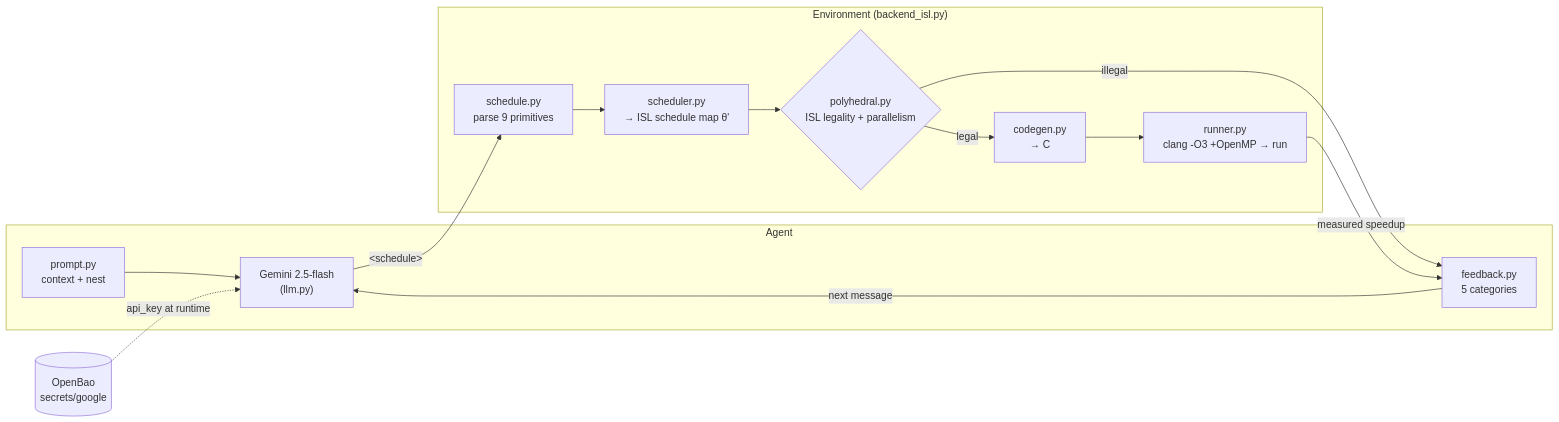
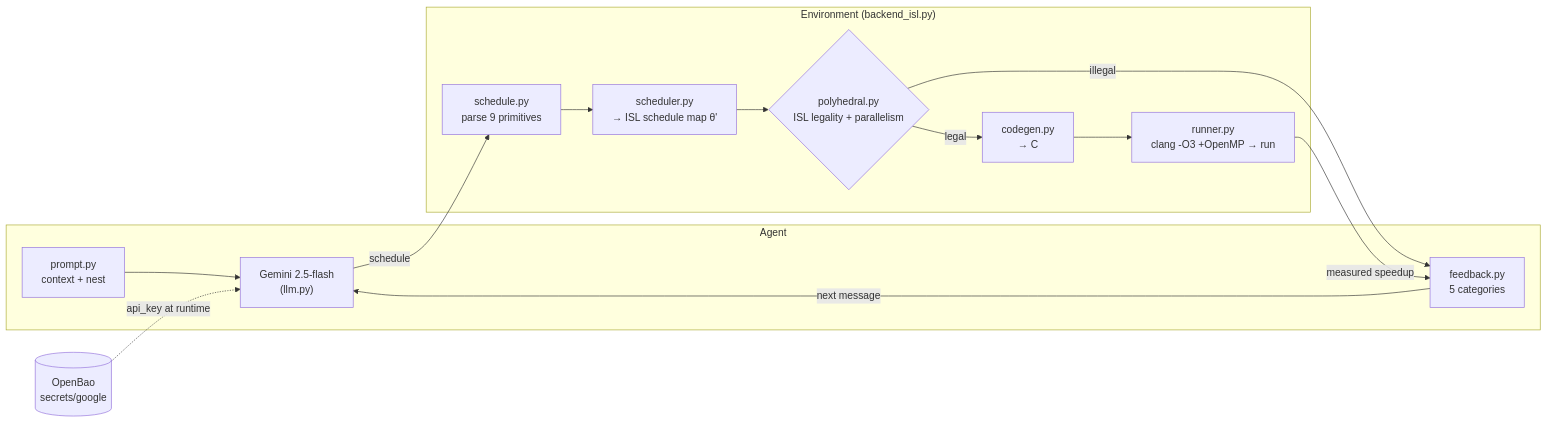
One commit to cluster2600/cluster_compilot changed the first of 4 diagrams in README.md. Above: the diagram before and after it, drawn with Mermaid. The commit also changed other lines of this file, not shown here.

First line of the commit message:
fix: mermaid diagrams render on GitHub (HTML-entity semicolons broke the parser)

````diff
--- a/README.md
+++ b/README.md
@@ -15,23 +15,23 @@
 ```mermaid
 flowchart LR
   subgraph Agent
     LLM["Gemini 2.5-flash<br/>(llm.py)"]
     PR["prompt.py<br/>context + nest"]
     FB["feedback.py<br/>5 categories"]
   end
   subgraph Environment["Environment (backend_isl.py)"]
     P["schedule.py<br/>parse 9 primitives"]
     SCH["scheduler.py<br/>→ ISL schedule map θ'"]
     LEG{"polyhedral.py<br/>ISL legality + parallelism"}
     CG["codegen.py<br/>→ C"]
     CC["runner.py<br/>clang -O3 +OpenMP → run"]
   end
   OB[("OpenBao<br/>secrets/google")]
 
   PR --> LLM
-  LLM -->|"&lt;schedule&gt;"| P --> SCH --> LEG
+  LLM -->|schedule| P --> SCH --> LEG
   LEG -- illegal --> FB
   LEG -- legal --> CG --> CC -->|measured speedup| FB
   FB -->|next message| LLM
   OB -. api_key at runtime .-> LLM
 ```
````
